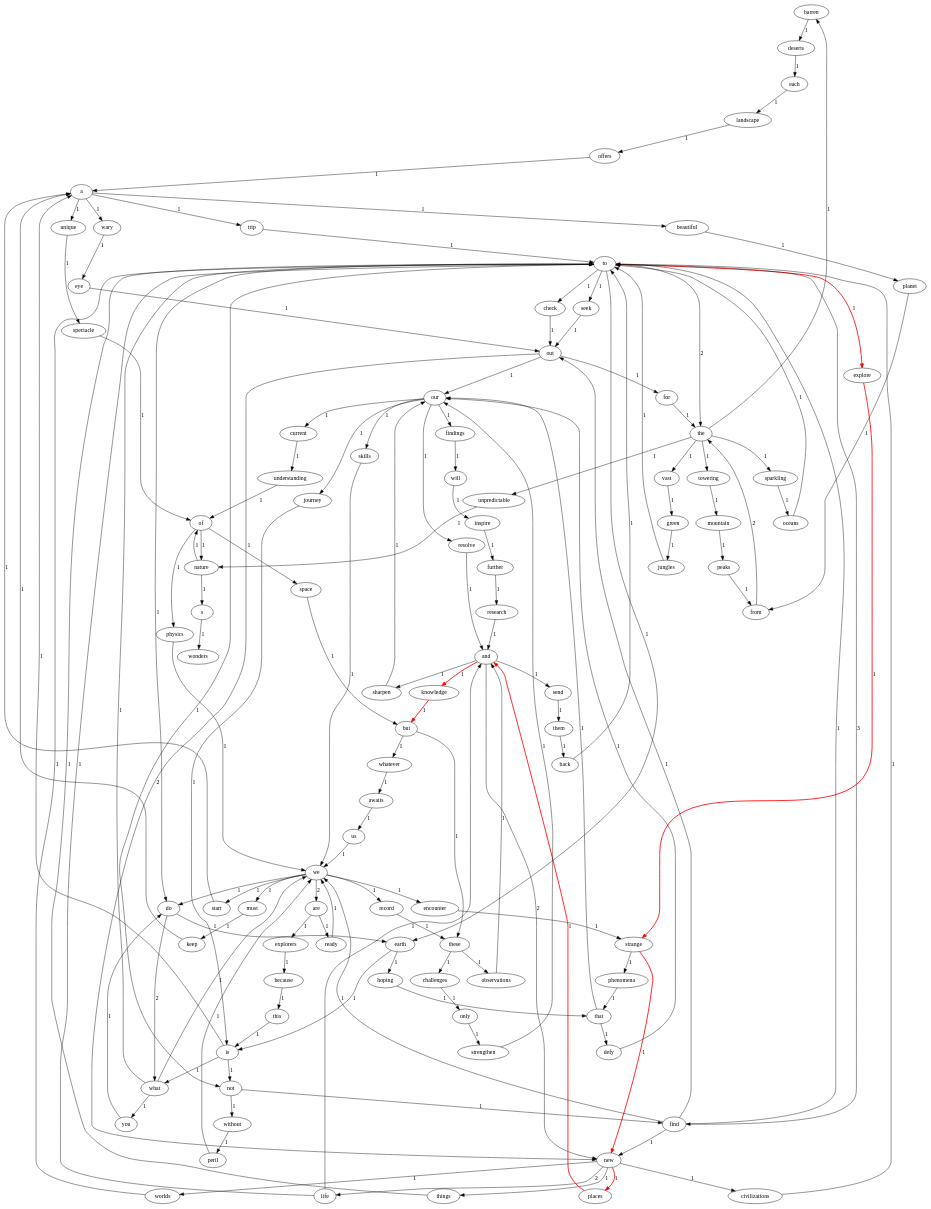
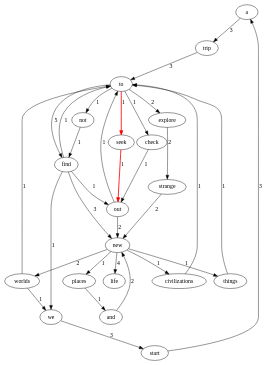
Before and after one commit to Frihetyz/Lab1-2021110497: the diagram in graph_shortest_path_user_choose.dot, drawn with Graphviz. The commit also changed 30 other files, not shown here.

```diff
--- a/graph_shortest_path_user_choose.dot
+++ b/graph_shortest_path_user_choose.dot
@@ -1,145 +1,33 @@
 digraph G {
-	"barren" -> "deserts" [label="1"];
-	"a" -> "trip" [label="1"];
-	"a" -> "wary" [label="1"];
-	"a" -> "beautiful" [label="1"];
-	"a" -> "unique" [label="1"];
-	"offers" -> "a" [label="1"];
-	"nature" -> "of" [label="1"];
-	"nature" -> "s" [label="1"];
+	"a" -> "trip" [label="3"];
+	"seek" -> "out" [label="1", color="red", penwidth=2];
+	"worlds" -> "to" [label="1"];
+	"worlds" -> "we" [label="1"];
 	"check" -> "out" [label="1"];
-	"wary" -> "eye" [label="1"];
-	"planet" -> "from" [label="1"];
-	"encounter" -> "strange" [label="1"];
-	"this" -> "is" [label="1"];
-	"start" -> "a" [label="1"];
-	"them" -> "back" [label="1"];
-	"each" -> "landscape" [label="1"];
-	"the" -> "unpredictable" [label="1"];
-	"the" -> "vast" [label="1"];
-	"the" -> "towering" [label="1"];
-	"the" -> "sparkling" [label="1"];
-	"the" -> "barren" [label="1"];
-	"s" -> "wonders" [label="1"];
-	"send" -> "them" [label="1"];
-	"unique" -> "spectacle" [label="1"];
-	"keep" -> "a" [label="1"];
-	"to" -> "explore" [label="1", color="red", penwidth=2];
-	"to" -> "seek" [label="1"];
-	"to" -> "find" [label="3"];
+	"explore" -> "strange" [label="2"];
+	"strange" -> "new" [label="2"];
+	"start" -> "a" [label="3"];
+	"out" -> "new" [label="2"];
+	"out" -> "to" [label="1"];
+	"we" -> "start" [label="3"];
+	"trip" -> "to" [label="3"];
+	"not" -> "find" [label="1"];
+	"places" -> "and" [label="1"];
+	"find" -> "out" [label="1"];
+	"find" -> "we" [label="1"];
+	"find" -> "new" [label="3"];
+	"find" -> "to" [label="1"];
+	"and" -> "new" [label="2"];
+	"things" -> "to" [label="1"];
+	"to" -> "explore" [label="2"];
+	"to" -> "seek" [label="1", color="red", penwidth=2];
+	"to" -> "find" [label="5"];
 	"to" -> "not" [label="1"];
 	"to" -> "check" [label="1"];
-	"to" -> "earth" [label="1"];
-	"to" -> "do" [label="1"];
-	"to" -> "the" [label="2"];
-	"must" -> "keep" [label="1"];
-	"further" -> "research" [label="1"];
-	"phenomena" -> "that" [label="1"];
-	"defy" -> "our" [label="1"];
-	"landscape" -> "offers" [label="1"];
-	"but" -> "these" [label="1"];
-	"but" -> "whatever" [label="1"];
-	"without" -> "peril" [label="1"];
-	"seek" -> "out" [label="1"];
-	"worlds" -> "to" [label="1"];
-	"findings" -> "will" [label="1"];
-	"back" -> "to" [label="1"];
-	"life" -> "and" [label="1"];
-	"life" -> "to" [label="1"];
-	"do" -> "what" [label="2"];
-	"do" -> "earth" [label="1"];
-	"space" -> "but" [label="1"];
-	"research" -> "and" [label="1"];
-	"beautiful" -> "planet" [label="1"];
-	"these" -> "challenges" [label="1"];
-	"these" -> "observations" [label="1"];
-	"mountain" -> "peaks" [label="1"];
-	"current" -> "understanding" [label="1"];
-	"skills" -> "we" [label="1"];
-	"record" -> "these" [label="1"];
-	"ready" -> "we" [label="1"];
-	"because" -> "this" [label="1"];
-	"things" -> "to" [label="1"];
-	"challenges" -> "only" [label="1"];
-	"journey" -> "is" [label="1"];
-	"awaits" -> "us" [label="1"];
-	"us" -> "we" [label="1"];
-	"new" -> "worlds" [label="1"];
-	"new" -> "life" [label="2"];
+	"new" -> "worlds" [label="2"];
+	"new" -> "life" [label="4"];
 	"new" -> "civilizations" [label="1"];
-	"new" -> "places" [label="1", color="red", penwidth=2];
+	"new" -> "places" [label="1"];
 	"new" -> "things" [label="1"];
-	"you" -> "do" [label="1"];
 	"civilizations" -> "to" [label="1"];
-	"green" -> "jungles" [label="1"];
-	"sharpen" -> "our" [label="1"];
-	"unpredictable" -> "nature" [label="1"];
-	"spectacle" -> "of" [label="1"];
-	"explore" -> "strange" [label="1", color="red", penwidth=2];
-	"will" -> "inspire" [label="1"];
-	"peril" -> "we" [label="1"];
-	"is" -> "not" [label="1"];
-	"is" -> "what" [label="1"];
-	"is" -> "a" [label="1"];
-	"strange" -> "new" [label="1", color="red", penwidth=2];
-	"strange" -> "phenomena" [label="1"];
-	"peaks" -> "from" [label="1"];
-	"whatever" -> "awaits" [label="1"];
-	"jungles" -> "to" [label="1"];
-	"explorers" -> "because" [label="1"];
-	"hoping" -> "that" [label="1"];
-	"deserts" -> "each" [label="1"];
-	"eye" -> "out" [label="1"];
-	"what" -> "we" [label="1"];
-	"what" -> "you" [label="1"];
-	"what" -> "to" [label="1"];
-	"earth" -> "hoping" [label="1"];
-	"earth" -> "is" [label="1"];
-	"inspire" -> "further" [label="1"];
-	"places" -> "and" [label="1", color="red", penwidth=2];
-	"oceans" -> "to" [label="1"];
-	"vast" -> "green" [label="1"];
-	"resolve" -> "and" [label="1"];
-	"towering" -> "mountain" [label="1"];
-	"for" -> "the" [label="1"];
-	"our" -> "journey" [label="1"];
-	"our" -> "resolve" [label="1"];
-	"our" -> "skills" [label="1"];
-	"our" -> "current" [label="1"];
-	"our" -> "findings" [label="1"];
-	"out" -> "new" [label="2"];
-	"out" -> "our" [label="1"];
-	"out" -> "for" [label="1"];
-	"we" -> "start" [label="1"];
-	"we" -> "must" [label="1"];
-	"we" -> "encounter" [label="1"];
-	"we" -> "record" [label="1"];
-	"we" -> "are" [label="2"];
-	"we" -> "do" [label="1"];
-	"sparkling" -> "oceans" [label="1"];
-	"that" -> "defy" [label="1"];
-	"that" -> "our" [label="1"];
-	"are" -> "ready" [label="1"];
-	"are" -> "explorers" [label="1"];
-	"trip" -> "to" [label="1"];
-	"not" -> "find" [label="1"];
-	"not" -> "without" [label="1"];
-	"observations" -> "and" [label="1"];
-	"physics" -> "we" [label="1"];
-	"of" -> "space" [label="1"];
-	"of" -> "physics" [label="1"];
-	"of" -> "nature" [label="1"];
-	"find" -> "out" [label="1"];
-	"find" -> "we" [label="1"];
-	"find" -> "new" [label="1"];
-	"find" -> "to" [label="1"];
-	"and" -> "new" [label="2"];
-	"and" -> "sharpen" [label="1"];
-	"and" -> "send" [label="1"];
-	"and" -> "knowledge" [label="1", color="red", penwidth=2];
-	"from" -> "the" [label="2"];
-	"strengthen" -> "our" [label="1"];
-	"knowledge" -> "but" [label="1", color="red", penwidth=2];
-	"understanding" -> "of" [label="1"];
-	"only" -> "strengthen" [label="1"];
 }
```
